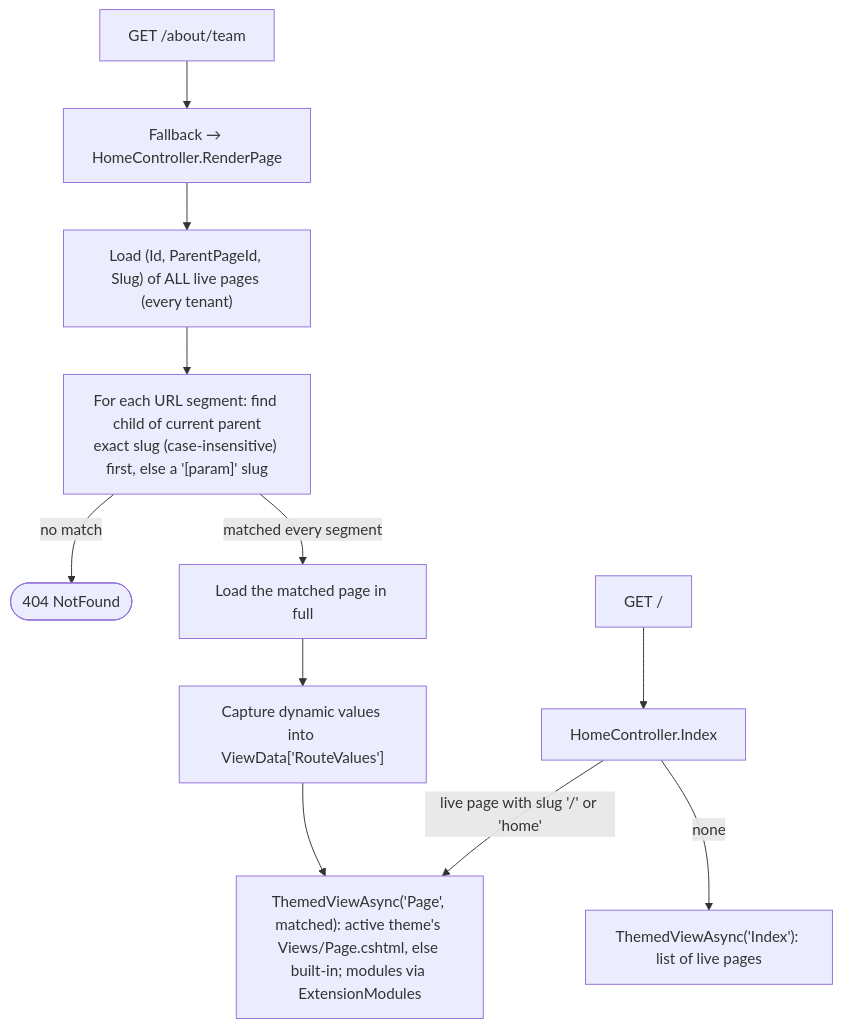
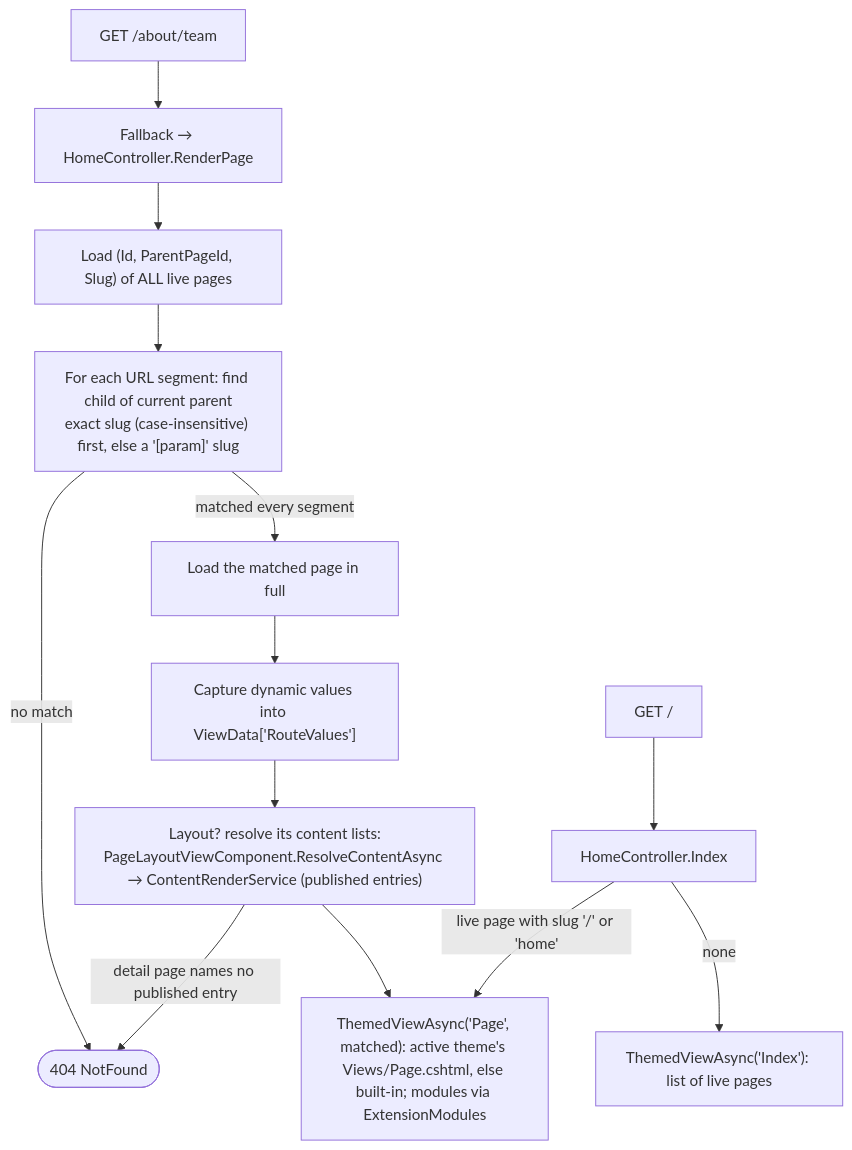
The third of 12 diagrams in .docs/architecture/data-flow.md (Albadit/DotNetForge), drawn with Mermaid before and after one commit. The commit also changed other lines of this file and 306 other files, not shown here.

````diff
--- a/.docs/architecture/data-flow.md
+++ b/.docs/architecture/data-flow.md
@@ -130,13 +130,15 @@
 ```mermaid
 flowchart TD
     U["GET /about/team"] --> FB["Fallback → HomeController.RenderPage"]
-    FB --> Load["Load (Id, ParentPageId, Slug) of ALL live pages (every tenant)"]
+    FB --> Load["Load (Id, ParentPageId, Slug) of ALL live pages"]
     Load --> Walk["For each URL segment: find child of current parent<br/>exact slug (case-insensitive) first, else a '[param]' slug"]
     Walk -- "no match" --> NF([404 NotFound])
     Walk -- "matched every segment" --> Full["Load the matched page in full"]
     Full --> RV["Capture dynamic values into ViewData['RouteValues']"]
-    RV --> View["ThemedViewAsync('Page', matched): active theme's Views/Page.cshtml, else built-in; modules via ExtensionModules"]
+    RV --> CL["Layout? resolve its content lists:<br/>PageLayoutViewComponent.ResolveContentAsync → ContentRenderService (published entries)"]
+    CL -- "detail page names no published entry" --> NF
+    CL --> View["ThemedViewAsync('Page', matched): active theme's Views/Page.cshtml, else built-in; modules via ExtensionModules"]
     Root["GET /"] --> Index["HomeController.Index"]
     Index -- "live page with slug '/' or 'home'" --> View
     Index -- "none" --> List["ThemedViewAsync('Index'): list of live pages"]
 ```
````
